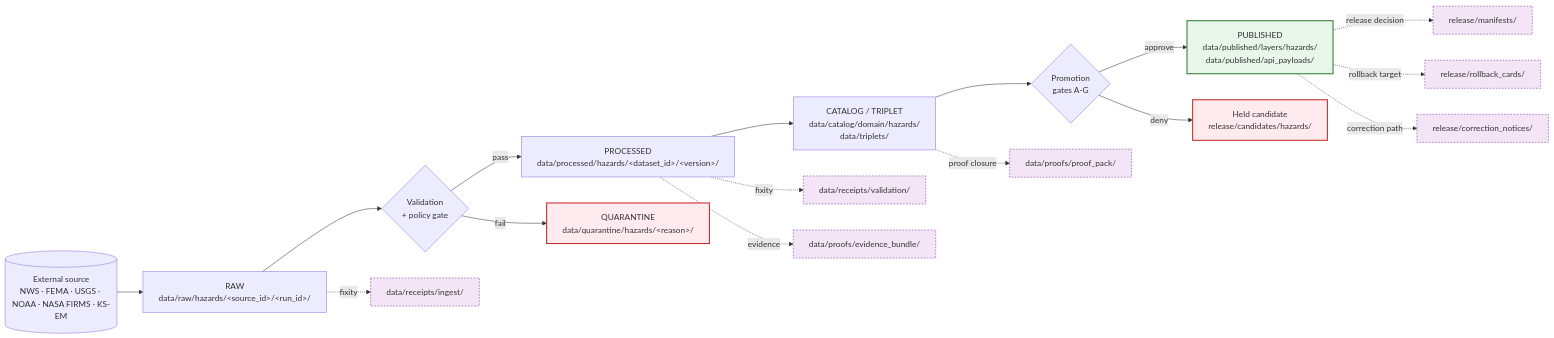
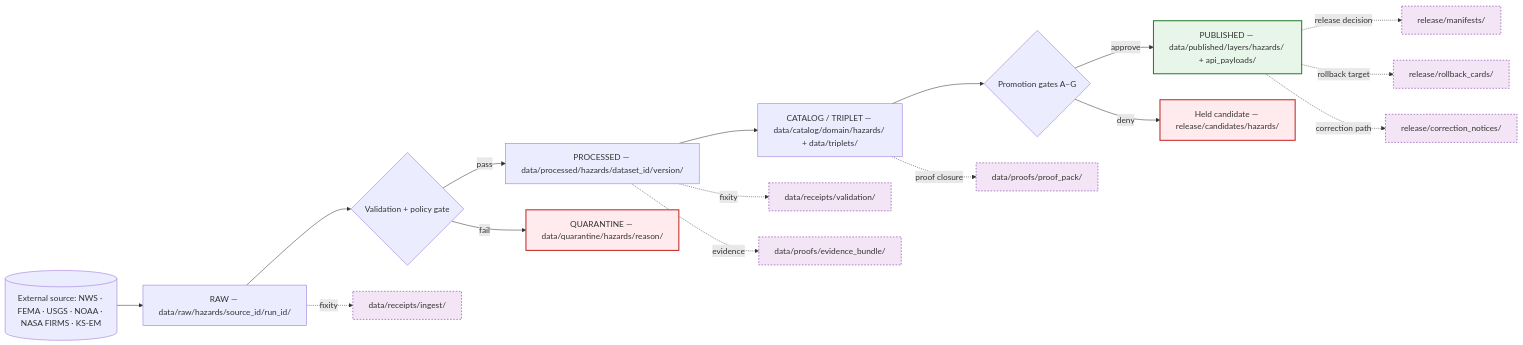
One commit to bartytime4life/Kansas-Frontier-Matrix changed the diagram in docs/domains/hazards/PRESERVATION_MATRIX.md. Above: the diagram before and after it, drawn with Mermaid. The commit also changed other lines of this file, not shown here.

````diff
--- a/docs/domains/hazards/PRESERVATION_MATRIX.md
+++ b/docs/domains/hazards/PRESERVATION_MATRIX.md
@@ -109,25 +142,25 @@
 ```mermaid
 flowchart LR
-  A[(External source<br/>NWS · FEMA · USGS · NOAA · NASA FIRMS · KS-EM)] --> B[RAW<br/>data/raw/hazards/&lt;source_id&gt;/&lt;run_id&gt;/]
-  B --> C{Validation<br/>+ policy gate}
-  C -->|pass| D[PROCESSED<br/>data/processed/hazards/&lt;dataset_id&gt;/&lt;version&gt;/]
-  C -->|fail| Q[QUARANTINE<br/>data/quarantine/hazards/&lt;reason&gt;/]
-  D --> E[CATALOG / TRIPLET<br/>data/catalog/domain/hazards/<br/>data/triplets/]
-  E --> F{Promotion<br/>gates A-G}
-  F -->|approve| G[PUBLISHED<br/>data/published/layers/hazards/<br/>data/published/api_payloads/]
-  F -->|deny| H[Held candidate<br/>release/candidates/hazards/]
-  B -. fixity .-> R1[data/receipts/ingest/]
-  D -. fixity .-> R2[data/receipts/validation/]
-  D -. evidence .-> P1[data/proofs/evidence_bundle/]
-  E -. proof closure .-> P2[data/proofs/proof_pack/]
-  G -. release decision .-> M[release/manifests/]
-  G -. rollback target .-> RB[release/rollback_cards/]
-  G -. correction path .-> CN[release/correction_notices/]
+  A[("External source: NWS · FEMA · USGS · NOAA · NASA FIRMS · KS-EM")] --> B["RAW — data/raw/hazards/source_id/run_id/"]
+  B --> C{"Validation + policy gate"}
+  C -->|pass| D["PROCESSED — data/processed/hazards/dataset_id/version/"]
+  C -->|fail| Q["QUARANTINE — data/quarantine/hazards/reason/"]
+  D --> E["CATALOG / TRIPLET — data/catalog/domain/hazards/ + data/triplets/"]
+  E --> F{"Promotion gates A–G"}
+  F -->|approve| G["PUBLISHED — data/published/layers/hazards/ + api_payloads/"]
+  F -->|deny| H["Held candidate — release/candidates/hazards/"]
+  B -. fixity .-> R1["data/receipts/ingest/"]
+  D -. fixity .-> R2["data/receipts/validation/"]
+  D -. evidence .-> P1["data/proofs/evidence_bundle/"]
+  E -. proof closure .-> P2["data/proofs/proof_pack/"]
+  G -. release decision .-> M["release/manifests/"]
+  G -. rollback target .-> RB["release/rollback_cards/"]
+  G -. correction path .-> CN["release/correction_notices/"]
 
   classDef pub fill:#e8f5e9,stroke:#2e7d32,stroke-width:2px;
   classDef quar fill:#ffebee,stroke:#c62828,stroke-width:2px;
   classDef recpt fill:#f3e5f5,stroke:#6a1b9a,stroke-dasharray:3 3;
   class G pub;
   class Q,H quar;
   class R1,R2,P1,P2,M,RB,CN recpt;
 ```
````
